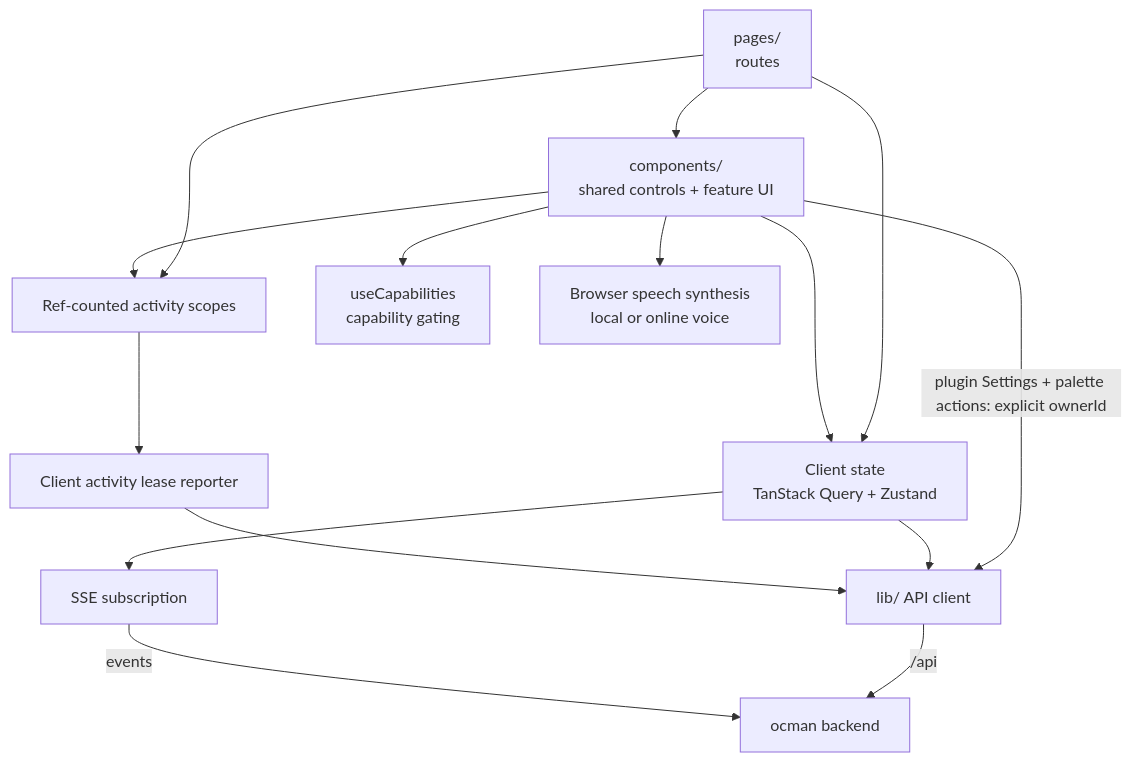
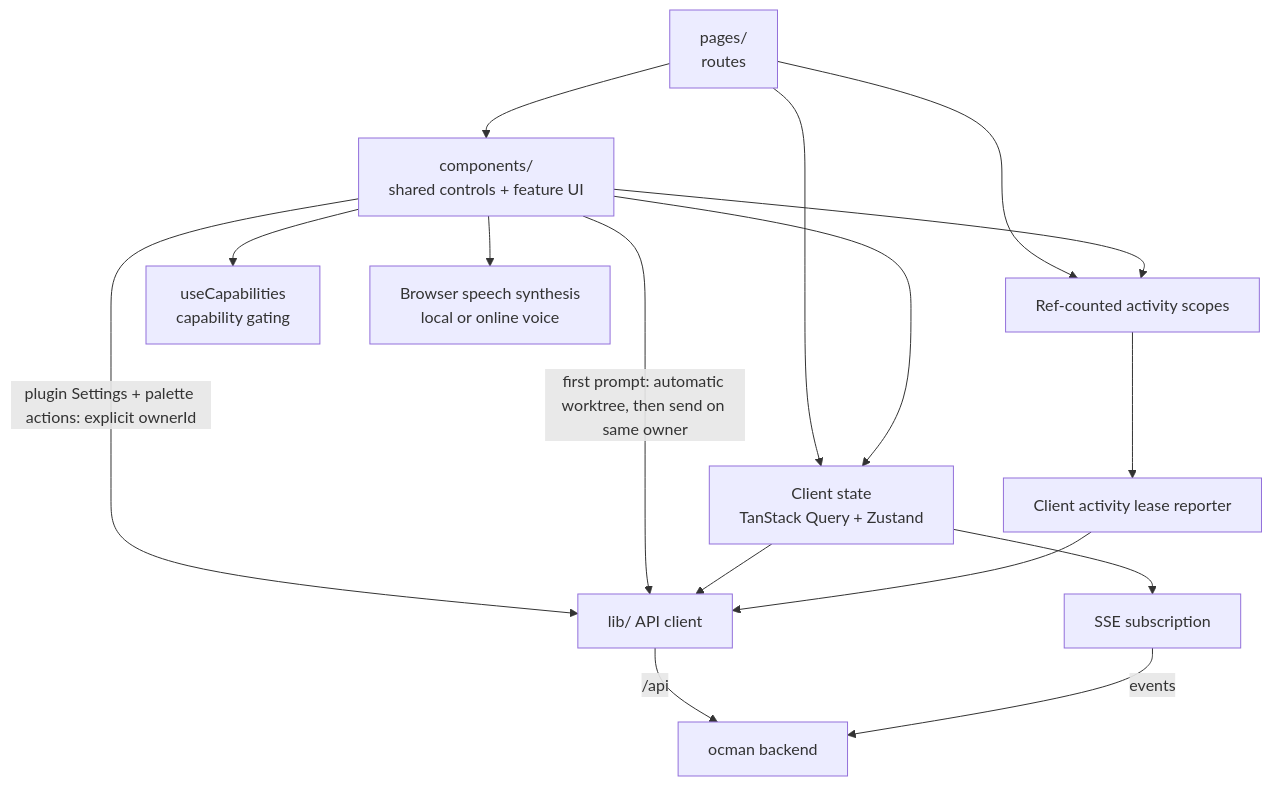
One commit to ocman/ocman changed the fourth of 5 diagrams in docs/other/architecture.md. Above: the diagram before and after it, drawn with Mermaid. The commit also changed other lines of this file and 16 other files, not shown here.

````diff
--- a/docs/other/architecture.md
+++ b/docs/other/architecture.md
@@ -389,17 +389,18 @@
 ```mermaid
 flowchart TD
     Pages[pages/<br/>routes] --> Comp[components/<br/>shared controls + feature UI]
     Pages --> Stores[Client state<br/>TanStack Query + Zustand]
     Comp --> Stores
     Comp -->|plugin Settings + palette actions: explicit ownerId| API
+    Comp -->|first prompt: automatic worktree, then send on same owner| API
     Stores --> API[lib/ API client]
     Stores --> SSE[SSE subscription]
     Pages --> Scopes[Ref-counted activity scopes]
     Comp --> Scopes
     Scopes --> Reporter[Client activity lease reporter]
     Reporter --> API
     API -->|/api| Hub[ocman backend]
     SSE -->|events| Hub
     Comp --> Caps[useCapabilities<br/>capability gating]
     Comp --> Speech[Browser speech synthesis<br/>local or online voice]
 ```
````
